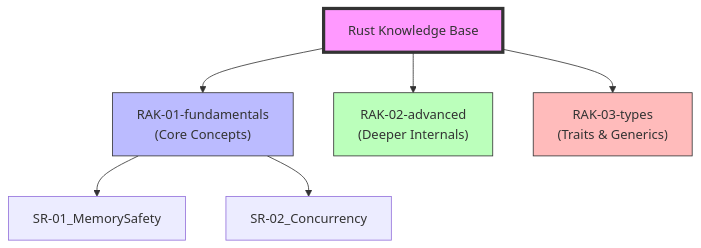
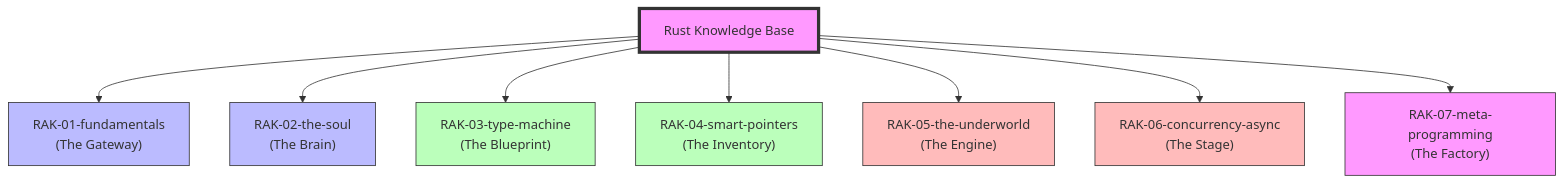
The diagram in README.md (syahputrawork98-sketch/Rust-Knowledge-Base), drawn with Mermaid before and after one commit. The commit also changed other lines of this file and 39 other files, not shown here.

````diff
--- a/README.md
+++ b/README.md
@@ -12,20 +20,29 @@
 ```mermaid
 graph TD
     Root["Rust Knowledge Base"]
     
-    RAK01["RAK-01-fundamentals<br/>(Core Concepts)"]
-    RAK02["RAK-02-advanced<br/>(Deeper Internals)"]
-    RAK03["RAK-03-types<br/>(Traits & Generics)"]
+    RAK01["RAK-01-fundamentals<br/>(The Gateway)"]
+    RAK02["RAK-02-the-soul<br/>(The Brain)"]
+    RAK03["RAK-03-type-machine<br/>(The Blueprint)"]
+    RAK04["RAK-04-smart-pointers<br/>(The Inventory)"]
+    RAK05["RAK-05-the-underworld<br/>(The Engine)"]
+    RAK06["RAK-06-concurrency-async<br/>(The Stage)"]
+    RAK07["RAK-07-meta-programming<br/>(The Factory)"]
     
     Root --> RAK01
     Root --> RAK02
     Root --> RAK03
-    
-    RAK01 --> SR01["SR-01_MemorySafety"]
-    RAK01 --> SR02["SR-02_Concurrency"]
+    Root --> RAK04
+    Root --> RAK05
+    Root --> RAK06
+    Root --> RAK07
     
     style Root fill:#f9f,stroke:#333,stroke-width:4px
     style RAK01 fill:#bbf,stroke:#333
-    style RAK02 fill:#bfb,stroke:#333
-    style RAK03 fill:#fbb,stroke:#333
+    style RAK02 fill:#bbf,stroke:#333
+    style RAK03 fill:#bfb,stroke:#333
+    style RAK04 fill:#bfb,stroke:#333
+    style RAK05 fill:#fbb,stroke:#333
+    style RAK06 fill:#fbb,stroke:#333
+    style RAK07 fill:#f9f,stroke:#333
 ```
````
